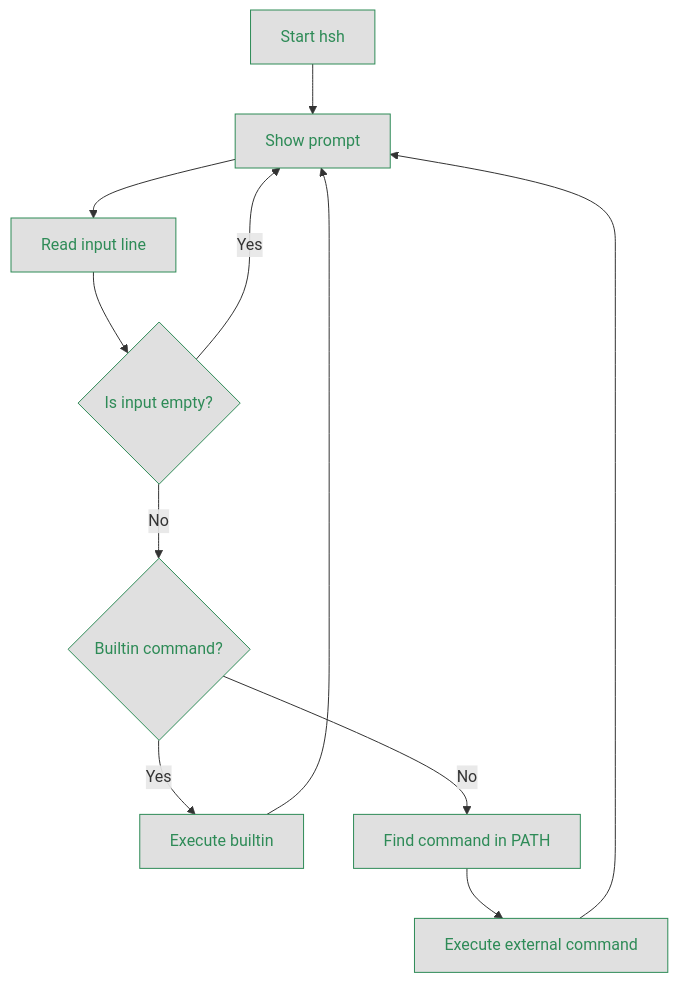
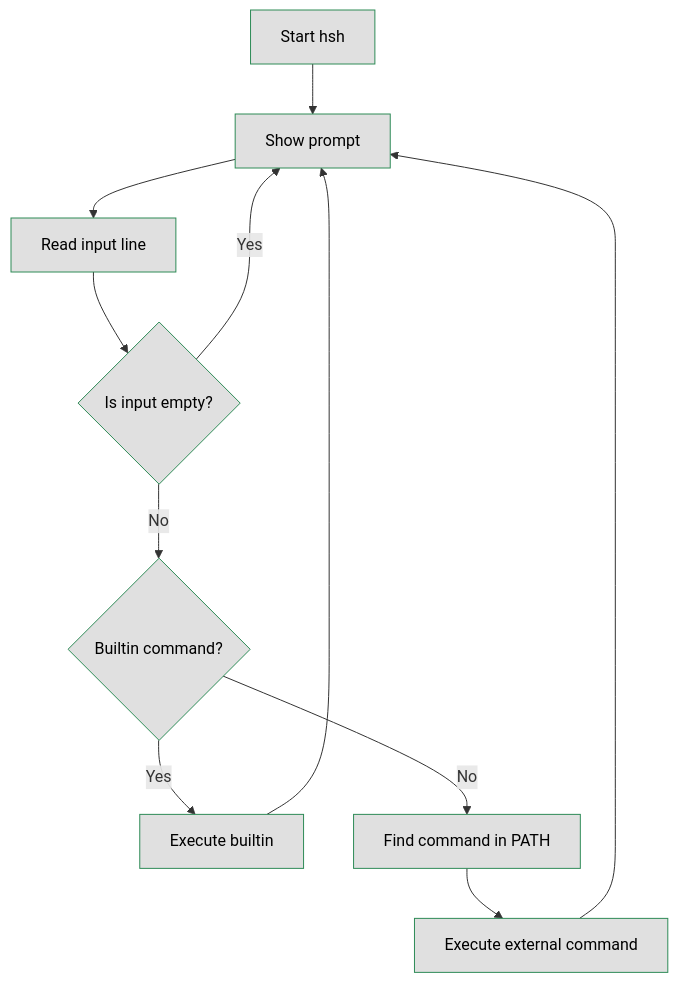
One commit to SelenaGomez18/holbertonschool-simple_shell changed the diagram in README.md. Above: the diagram before and after it, drawn with Mermaid.

Commit message:
Add changes the color of flowchart

````diff
--- a/README.md
+++ b/README.md
@@ -123,26 +123,26 @@
 ```mermaid
 
 flowchart TD
 
     A[Start hsh] --> B[Show prompt]
     B --> C[Read input line]
     C --> D{Is input empty?}
     D -- Yes --> B
     D -- No --> E{Builtin command?}
     E -- Yes --> F[Execute builtin]
     E -- No --> G[Find command in PATH]
     G --> H[Execute external command]
     F --> B
     H --> B
 
-    classDef allnodes fill:#E0E0E0, stroke:#2E8B57,color:#2E8B57;
+    classDef allnodes fill:#E0E0E0, stroke:#2E8B57,color:#000000;
 
     class A allnodes;
     class B allnodes;
     class C allnodes;
     class D allnodes;
     class E allnodes;
     class F allnodes;
     class G allnodes;
     class H allnodes;
 ```
````
